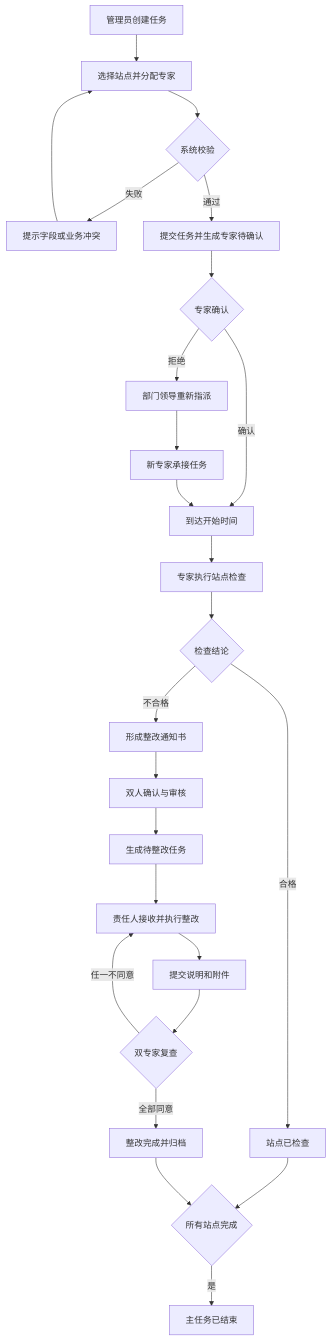
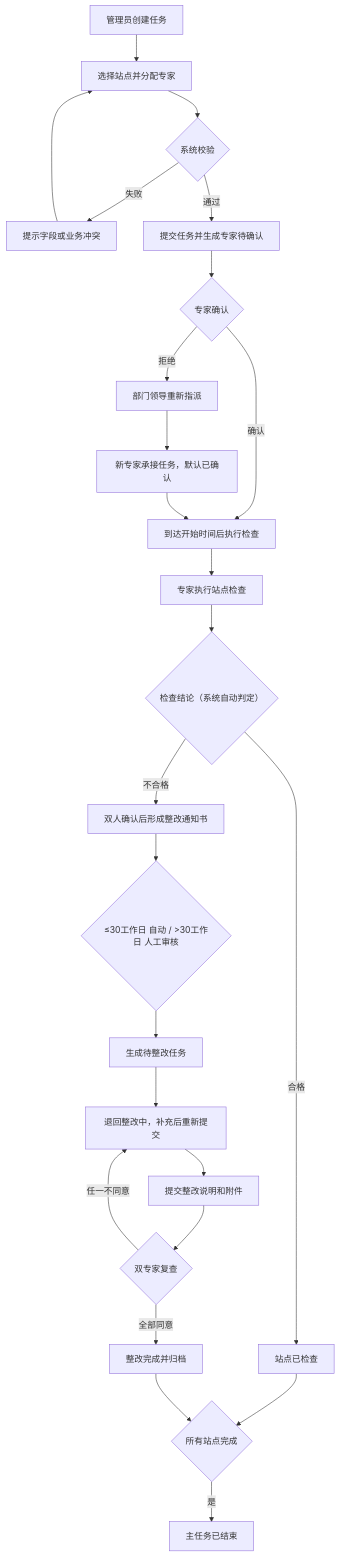
One commit to caicai9807-code/pm-prototype-center changed the first of 2 diagrams in docs/需求规格说明书.md. Above: the diagram before and after it, drawn with Mermaid. The commit also changed other lines of this file and 9 other files, not shown here.

````diff
--- a/docs/需求规格说明书.md
+++ b/docs/需求规格说明书.md
@@ -162,27 +133,27 @@
 ```mermaid
 flowchart TD
     A["管理员创建任务"] --> B["选择站点并分配专家"]
     B --> C{"系统校验"}
     C -- 失败 --> D["提示字段或业务冲突"]
     D --> B
     C -- 通过 --> E["提交任务并生成专家待确认"]
     E --> F{"专家确认"}
     F -- 拒绝 --> G["部门领导重新指派"]
-    G --> H["新专家承接任务"]
-    F -- 确认 --> I["到达开始时间"]
+    G --> H["新专家承接任务，默认已确认"]
+    F -- 确认 --> I["到达开始时间后执行检查"]
     H --> I
     I --> J["专家执行站点检查"]
-    J --> K{"检查结论"}
+    J --> K{"检查结论（系统自动判定）"}
     K -- 合格 --> L["站点已检查"]
-    K -- 不合格 --> M["形成整改通知书"]
-    M --> N["双人确认与审核"]
+    K -- 不合格 --> M["双人确认后形成整改通知书"]
+    M --> N{"≤30工作日 自动 / >30工作日 人工审核"}
     N --> O["生成待整改任务"]
-    O --> P["责任人接收并执行整改"]
-    P --> Q["提交说明和附件"]
+    O --> P["责任人接收→开始计时→执行整改"]
+    P --> Q["提交整改说明和附件"]
     Q --> R{"双专家复查"}
-    R -- 任一不同意 --> P
+    R -- 任一不同意 --> P["退回整改中，补充后重新提交"]
     R -- 全部同意 --> S["整改完成并归档"]
     L --> T{"所有站点完成"}
     S --> T
     T -- 是 --> U["主任务已结束"]
 ```
````
